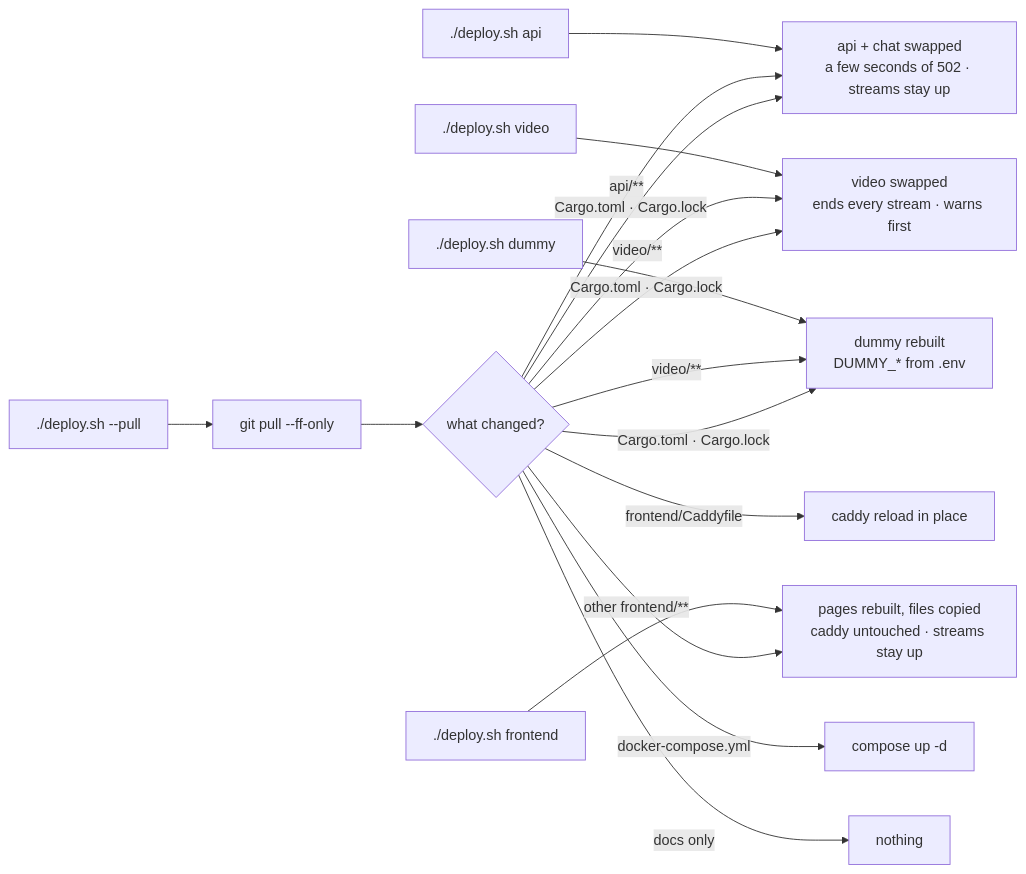
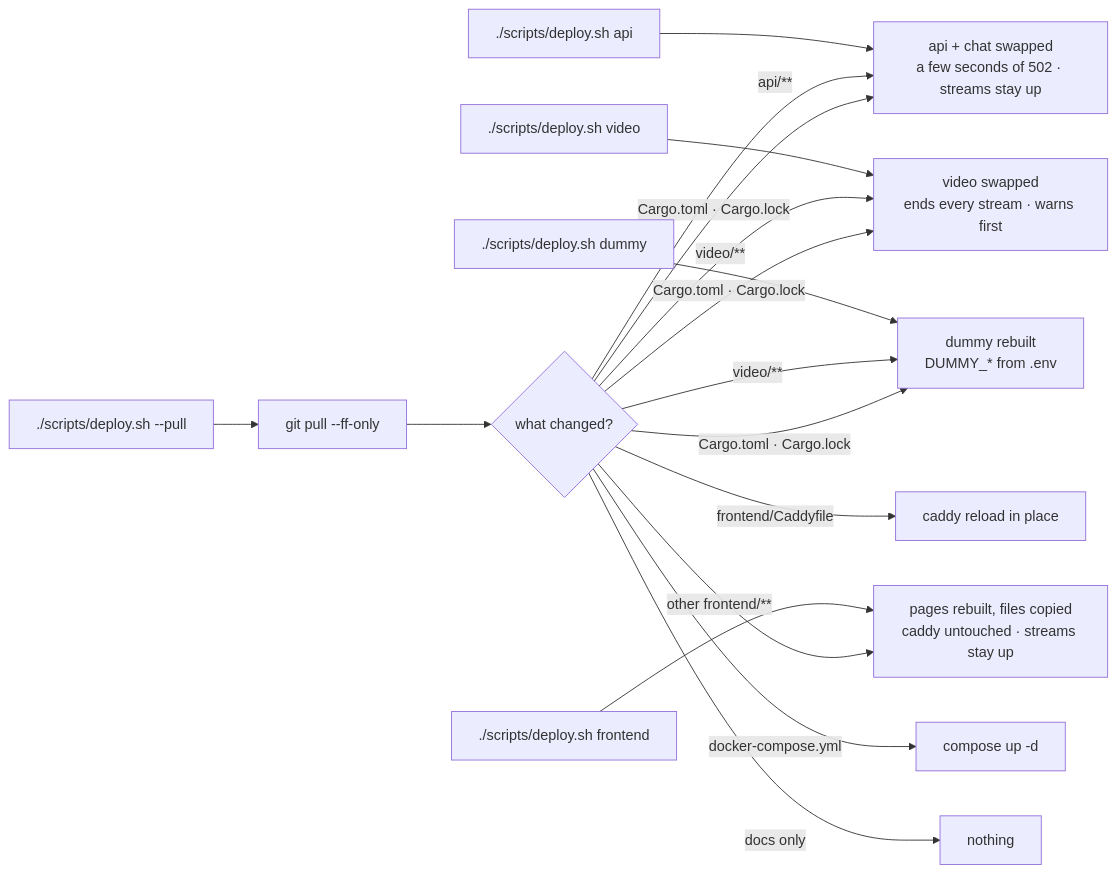
The ninth of 10 diagrams in docs/architecture-picture.md (ZeroNerodaHero/slop-stream-architecture), drawn with Mermaid before and after one commit. The commit also changed other lines of this file and 41 other files, not shown here.

````diff
--- a/docs/architecture-picture.md
+++ b/docs/architecture-picture.md
@@ -331,16 +331,16 @@
 ```mermaid
 flowchart LR
-  fe["./deploy.sh frontend"] --> pagesc["pages rebuilt, files copied<br/>caddy untouched · streams stay up"]
-  apid["./deploy.sh api"] --> apic["api + chat swapped<br/>a few seconds of 502 · streams stay up"]
-  vid["./deploy.sh video"] --> videoc["video swapped<br/>ends every stream · warns first"]
-  dum["./deploy.sh dummy"] --> dummyc["dummy rebuilt<br/>DUMMY_* from .env"]
+  fe["./scripts/deploy.sh frontend"] --> pagesc["pages rebuilt, files copied<br/>caddy untouched · streams stay up"]
+  apid["./scripts/deploy.sh api"] --> apic["api + chat swapped<br/>a few seconds of 502 · streams stay up"]
+  vid["./scripts/deploy.sh video"] --> videoc["video swapped<br/>ends every stream · warns first"]
+  dum["./scripts/deploy.sh dummy"] --> dummyc["dummy rebuilt<br/>DUMMY_* from .env"]
 
-  pull["./deploy.sh --pull"] --> gp["git pull --ff-only"] --> diff{"what changed?"}
+  pull["./scripts/deploy.sh --pull"] --> gp["git pull --ff-only"] --> diff{"what changed?"}
   diff -->|"api/**"| apic
   diff -->|"video/**"| videoc & dummyc
   diff -->|"Cargo.toml · Cargo.lock"| apic & videoc & dummyc
   diff -->|"frontend/Caddyfile"| reload["caddy reload in place"]
   diff -->|"other frontend/**"| pagesc
   diff -->|"docker-compose.yml"| compose["compose up -d"]
   diff -->|"docs only"| nothing["nothing"]
 ```
````
